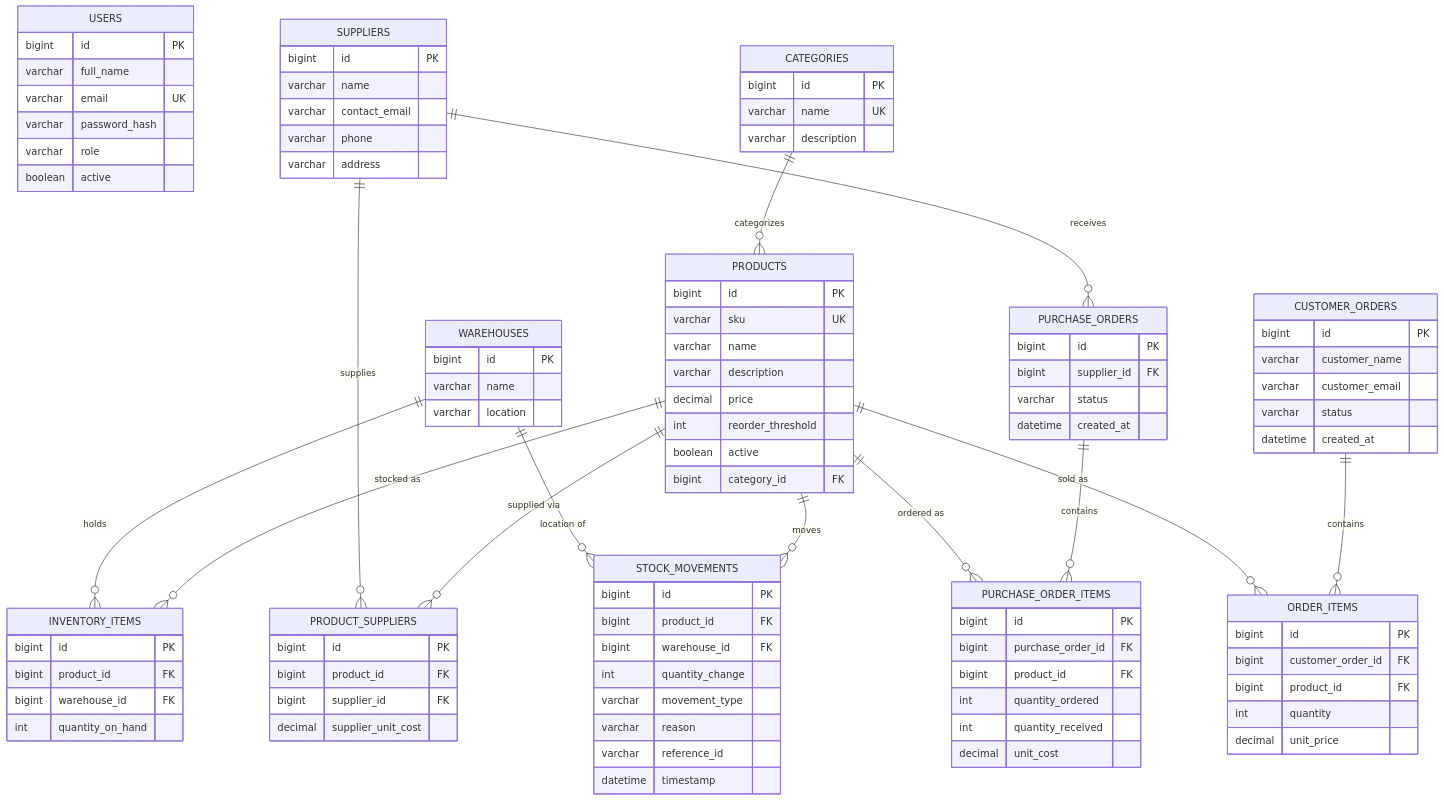
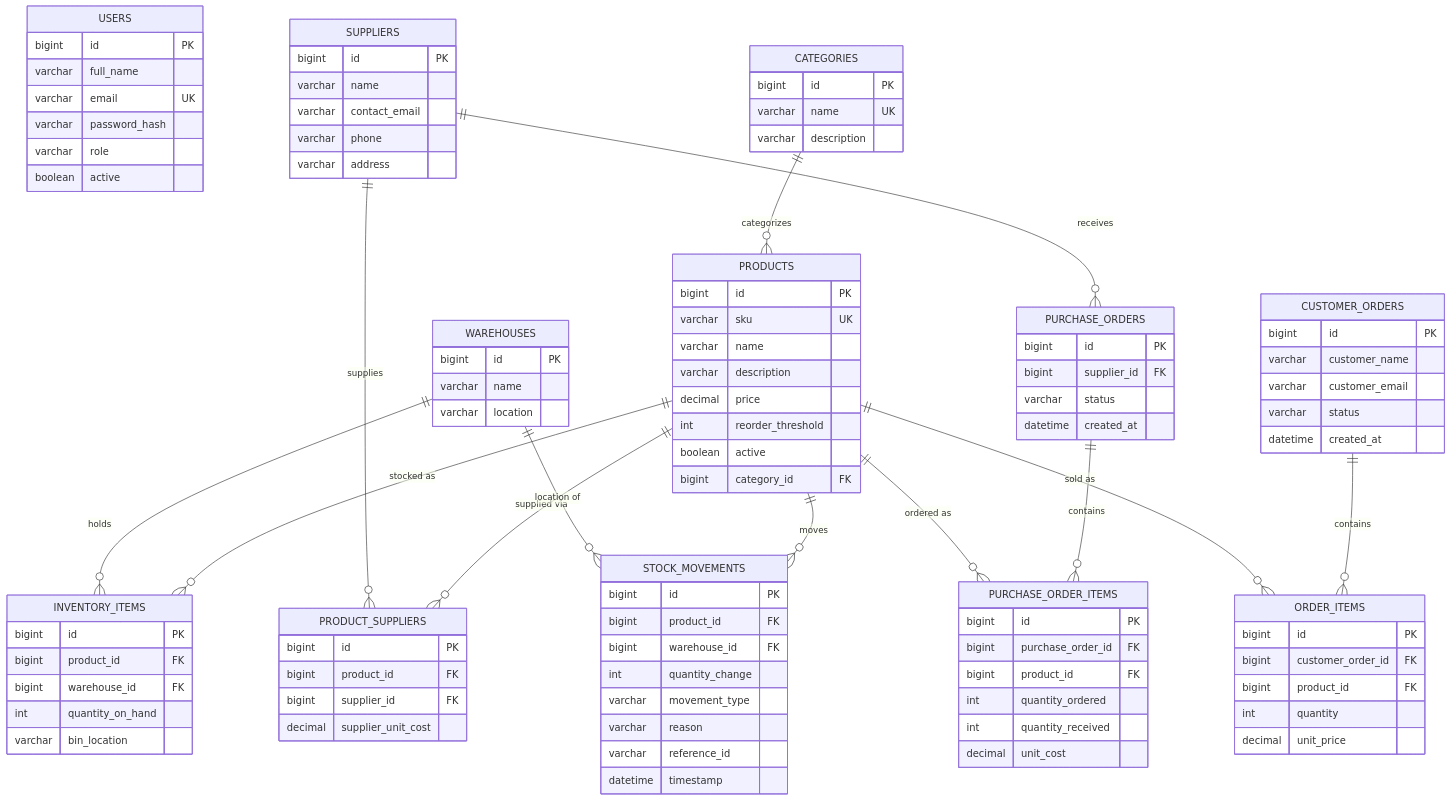
Before and after one commit to MartinxAlv/warehouse-system: the diagram in docs/04-database-diagram.md, drawn with Mermaid. The commit also changed other lines of this file and 4 other files, not shown here.

```diff
--- a/docs/04-database-diagram.md
+++ b/docs/04-database-diagram.md
@@ -54,6 +54,7 @@
         bigint product_id FK
         bigint warehouse_id FK
         int quantity_on_hand
+        varchar bin_location
     }
 
     STOCK_MOVEMENTS {
```
